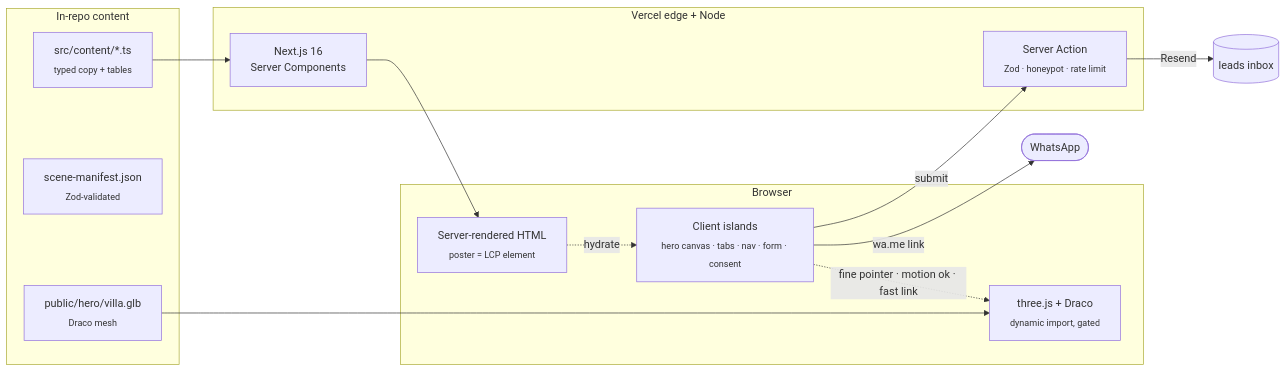
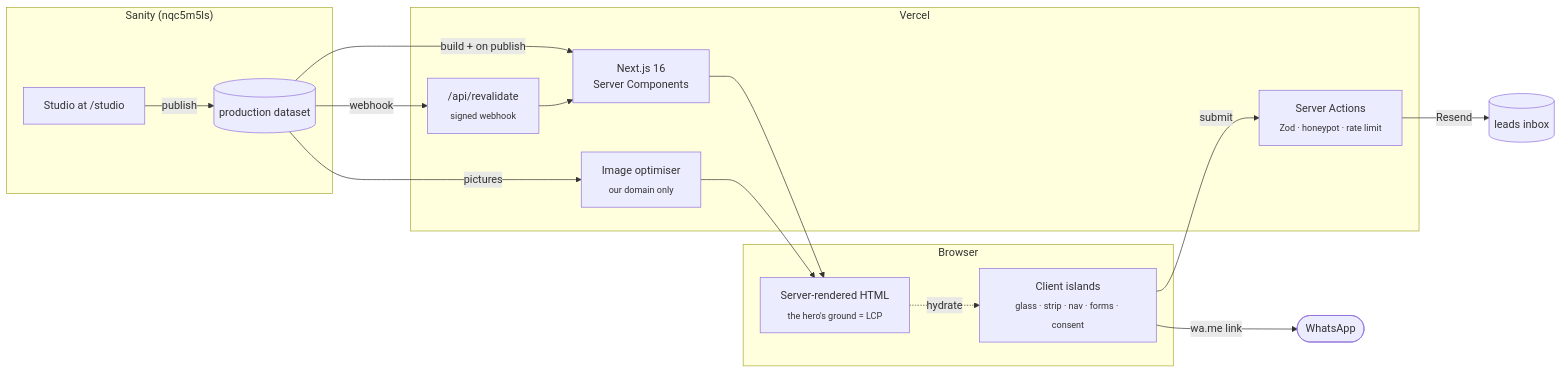
The diagram in README.md (Qera-Studio/smarthaus), drawn with Mermaid before and after one commit. The commit also changed other lines of this file and 14 other files, not shown here.

````diff
--- a/README.md
+++ b/README.md
@@ -87,26 +93,26 @@
 ```mermaid
 flowchart LR
     subgraph Browser
-        P["Server-rendered HTML<br/><sub>poster = LCP element</sub>"]
-        I["Client islands<br/><sub>hero canvas · tabs · nav · form · consent</sub>"]
-        T["three.js + Draco<br/><sub>dynamic import, gated</sub>"]
+        P["Server-rendered HTML<br/><sub>the hero's ground = LCP</sub>"]
+        I["Client islands<br/><sub>glass · strip · nav · forms · consent</sub>"]
     end
 
-    subgraph Vercel["Vercel edge + Node"]
+    subgraph Vercel["Vercel"]
         RSC["Next.js 16<br/>Server Components"]
-        SA["Server Action<br/><sub>Zod · honeypot · rate limit</sub>"]
+        SA["Server Actions<br/><sub>Zod · honeypot · rate limit</sub>"]
+        RV["/api/revalidate<br/><sub>signed webhook</sub>"]
+        IMG["Image optimiser<br/><sub>our domain only</sub>"]
     end
 
-    subgraph Content["In-repo content"]
-        C["src/content/*.ts<br/><sub>typed copy + tables</sub>"]
-        M["scene-manifest.json<br/><sub>Zod-validated</sub>"]
-        G["public/hero/villa.glb<br/><sub>Draco mesh</sub>"]
+    subgraph Sanity["Sanity (nqc5m5ls)"]
+        D[("production dataset")]
+        ST["Studio at /studio"]
     end
 
-    C --> RSC --> P
+    D -- "build + on publish" --> RSC --> P
+    D -- pictures --> IMG --> P
+    ST -- publish --> D -- webhook --> RV --> RSC
     P -. hydrate .-> I
-    I -. "fine pointer · motion ok · fast link" .-> T
-    G --> T
     I -- submit --> SA -- Resend --> Inbox[("leads inbox")]
     I -- "wa.me link" --> WA(["WhatsApp"])
 ```
````
